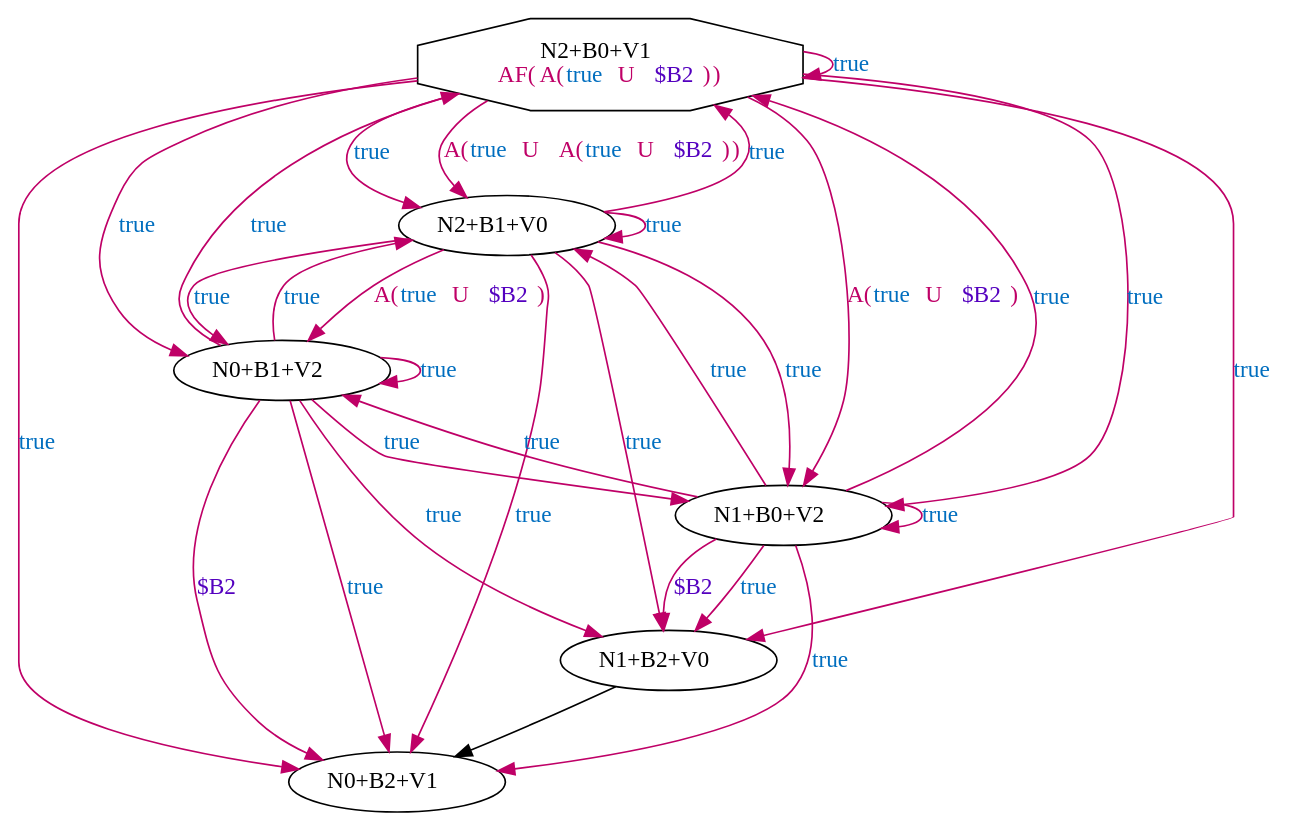
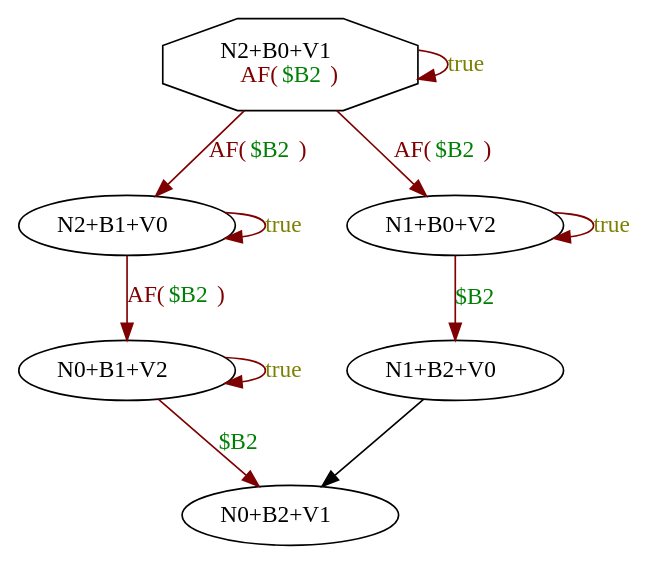
One commit to howiepowie/m1projctl2012g6 changed the diagram in test justifie 15.dot. Above: the diagram before and after it, drawn with Graphviz. The commit also changed 47 other files, not shown here.

```diff
--- a/test justifie 15.dot
+++ b/test justifie 15.dot
@@ -1,38 +1,18 @@
 digraph system {
-N0 [label=<N2+B0+V1<BR/><FONT COLOR="0.9099997 1 0.75">AF(<FONT COLOR="0.9099997 1 0.75">A(<FONT COLOR="0.5699997 1 0.75">true</FONT> U <FONT COLOR="0.7399997 1 0.75">$B2</FONT>)</FONT>)</FONT>>,shape=octagon]
+N0 [label=<N2+B0+V1<BR/><FONT COLOR="0.0 1 0.5">AF(<FONT COLOR="0.34 1 0.5">$B2</FONT>)</FONT>>,shape=octagon]
 N1 [label=<N2+B1+V0>]
 N2 [label=<N0+B1+V2>]
 N3 [label=<N0+B2+V1>]
 N4 [label=<N1+B0+V2>]
 N5 [label=<N1+B2+V0>]
 N5 -> N3
-N2 -> N3 [color="0.9099997 1 0.75",label=<<FONT COLOR="0.7399997 1 0.75">$B2</FONT>>]
-N4 -> N5 [color="0.9099997 1 0.75",label=<<FONT COLOR="0.7399997 1 0.75">$B2</FONT>>]
-N0 -> N0 [color="0.9099997 1 0.75",label=<<FONT COLOR="0.5699997 1 0.75">true</FONT>>]
-N0 -> N1 [color="0.9099997 1 0.75",label=<<FONT COLOR="0.5699997 1 0.75">true</FONT>>]
-N0 -> N2 [color="0.9099997 1 0.75",label=<<FONT COLOR="0.5699997 1 0.75">true</FONT>>]
-N0 -> N3 [color="0.9099997 1 0.75",label=<<FONT COLOR="0.5699997 1 0.75">true</FONT>>]
-N0 -> N4 [color="0.9099997 1 0.75",label=<<FONT COLOR="0.5699997 1 0.75">true</FONT>>]
-N0 -> N5 [color="0.9099997 1 0.75",label=<<FONT COLOR="0.5699997 1 0.75">true</FONT>>]
-N0 -> N4 [color="0.9099997 1 0.75",label=<<FONT COLOR="0.9099997 1 0.75">A(<FONT COLOR="0.5699997 1 0.75">true</FONT> U <FONT COLOR="0.7399997 1 0.75">$B2</FONT>)</FONT>>]
-N0 -> N1 [color="0.9099997 1 0.75",label=<<FONT COLOR="0.9099997 1 0.75">A(<FONT COLOR="0.5699997 1 0.75">true</FONT> U <FONT COLOR="0.9099997 1 0.75">A(<FONT COLOR="0.5699997 1 0.75">true</FONT> U <FONT COLOR="0.7399997 1 0.75">$B2</FONT>)</FONT>)</FONT>>]
-N1 -> N2 [color="0.9099997 1 0.75",label=<<FONT COLOR="0.9099997 1 0.75">A(<FONT COLOR="0.5699997 1 0.75">true</FONT> U <FONT COLOR="0.7399997 1 0.75">$B2</FONT>)</FONT>>]
-N4 -> N0 [color="0.9099997 1 0.75",label=<<FONT COLOR="0.5699997 1 0.75">true</FONT>>]
-N4 -> N1 [color="0.9099997 1 0.75",label=<<FONT COLOR="0.5699997 1 0.75">true</FONT>>]
-N4 -> N2 [color="0.9099997 1 0.75",label=<<FONT COLOR="0.5699997 1 0.75">true</FONT>>]
-N4 -> N3 [color="0.9099997 1 0.75",label=<<FONT COLOR="0.5699997 1 0.75">true</FONT>>]
-N4 -> N4 [color="0.9099997 1 0.75",label=<<FONT COLOR="0.5699997 1 0.75">true</FONT>>]
-N4 -> N5 [color="0.9099997 1 0.75",label=<<FONT COLOR="0.5699997 1 0.75">true</FONT>>]
-N1 -> N0 [color="0.9099997 1 0.75",label=<<FONT COLOR="0.5699997 1 0.75">true</FONT>>]
-N1 -> N1 [color="0.9099997 1 0.75",label=<<FONT COLOR="0.5699997 1 0.75">true</FONT>>]
-N1 -> N2 [color="0.9099997 1 0.75",label=<<FONT COLOR="0.5699997 1 0.75">true</FONT>>]
-N1 -> N3 [color="0.9099997 1 0.75",label=<<FONT COLOR="0.5699997 1 0.75">true</FONT>>]
-N1 -> N4 [color="0.9099997 1 0.75",label=<<FONT COLOR="0.5699997 1 0.75">true</FONT>>]
-N1 -> N5 [color="0.9099997 1 0.75",label=<<FONT COLOR="0.5699997 1 0.75">true</FONT>>]
-N2 -> N0 [color="0.9099997 1 0.75",label=<<FONT COLOR="0.5699997 1 0.75">true</FONT>>]
-N2 -> N1 [color="0.9099997 1 0.75",label=<<FONT COLOR="0.5699997 1 0.75">true</FONT>>]
-N2 -> N2 [color="0.9099997 1 0.75",label=<<FONT COLOR="0.5699997 1 0.75">true</FONT>>]
-N2 -> N3 [color="0.9099997 1 0.75",label=<<FONT COLOR="0.5699997 1 0.75">true</FONT>>]
-N2 -> N4 [color="0.9099997 1 0.75",label=<<FONT COLOR="0.5699997 1 0.75">true</FONT>>]
-N2 -> N5 [color="0.9099997 1 0.75",label=<<FONT COLOR="0.5699997 1 0.75">true</FONT>>]
+N1 -> N2 [color="0.0 1 0.5",label=<<FONT COLOR="0.0 1 0.5">AF(<FONT COLOR="0.34 1 0.5">$B2</FONT>)</FONT>>]
+N4 -> N4 [color="0.0 1 0.5",label=<<FONT COLOR="0.17 1 0.5">true</FONT>>]
+N0 -> N1 [color="0.0 1 0.5",label=<<FONT COLOR="0.0 1 0.5">AF(<FONT COLOR="0.34 1 0.5">$B2</FONT>)</FONT>>]
+N0 -> N4 [color="0.0 1 0.5",label=<<FONT COLOR="0.0 1 0.5">AF(<FONT COLOR="0.34 1 0.5">$B2</FONT>)</FONT>>]
+N1 -> N1 [color="0.0 1 0.5",label=<<FONT COLOR="0.17 1 0.5">true</FONT>>]
+N4 -> N5 [color="0.0 1 0.5",label=<<FONT COLOR="0.34 1 0.5">$B2</FONT>>]
+N2 -> N3 [color="0.0 1 0.5",label=<<FONT COLOR="0.34 1 0.5">$B2</FONT>>]
+N0 -> N0 [color="0.0 1 0.5",label=<<FONT COLOR="0.17 1 0.5">true</FONT>>]
+N2 -> N2 [color="0.0 1 0.5",label=<<FONT COLOR="0.17 1 0.5">true</FONT>>]
 }
```
